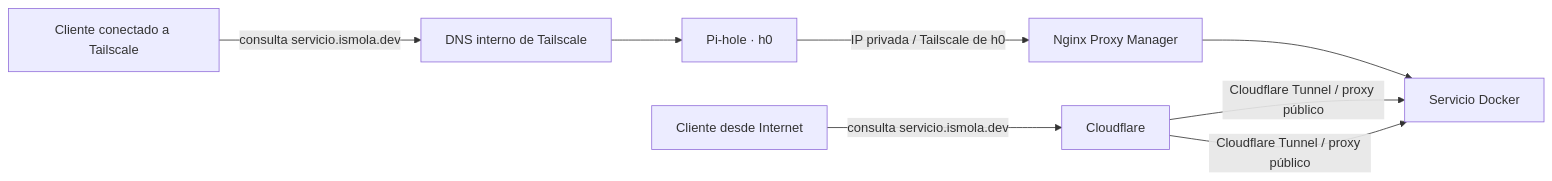
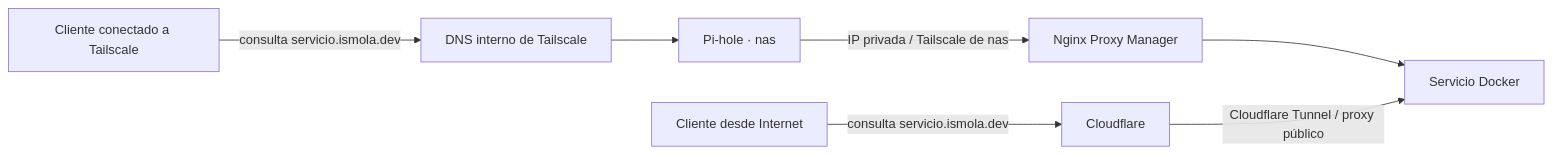
One commit to Ismola/homelab changed the third of 5 diagrams in README.md. Above: the diagram before and after it, drawn with Mermaid. The commit also changed other lines of this file and 2 other files, not shown here.

````diff
--- a/README.md
+++ b/README.md
@@ -221,20 +163,19 @@
 ```mermaid
 flowchart LR
     tailscaleClient["Cliente conectado a Tailscale"]
     internetClient["Cliente desde Internet"]
 
     tailscaleDNS["DNS interno de Tailscale"]
-    pihole["Pi-hole · h0"]
+    pihole["Pi-hole · nas"]
     npm["Nginx Proxy Manager"]
     cloudflare["Cloudflare"]
     service["Servicio Docker"]
 
     tailscaleClient -->|"consulta servicio.ismola.dev"| tailscaleDNS
     tailscaleDNS --> pihole
-    pihole -->|"IP privada / Tailscale de h0"| npm
+    pihole -->|"IP privada / Tailscale de nas"| npm
     npm --> service
 
     internetClient -->|"consulta servicio.ismola.dev"| cloudflare
     cloudflare -->|"Cloudflare Tunnel / proxy público"| service
-    cloudflare -->|"Cloudflare Tunnel / proxy público"| service
 ```
````
